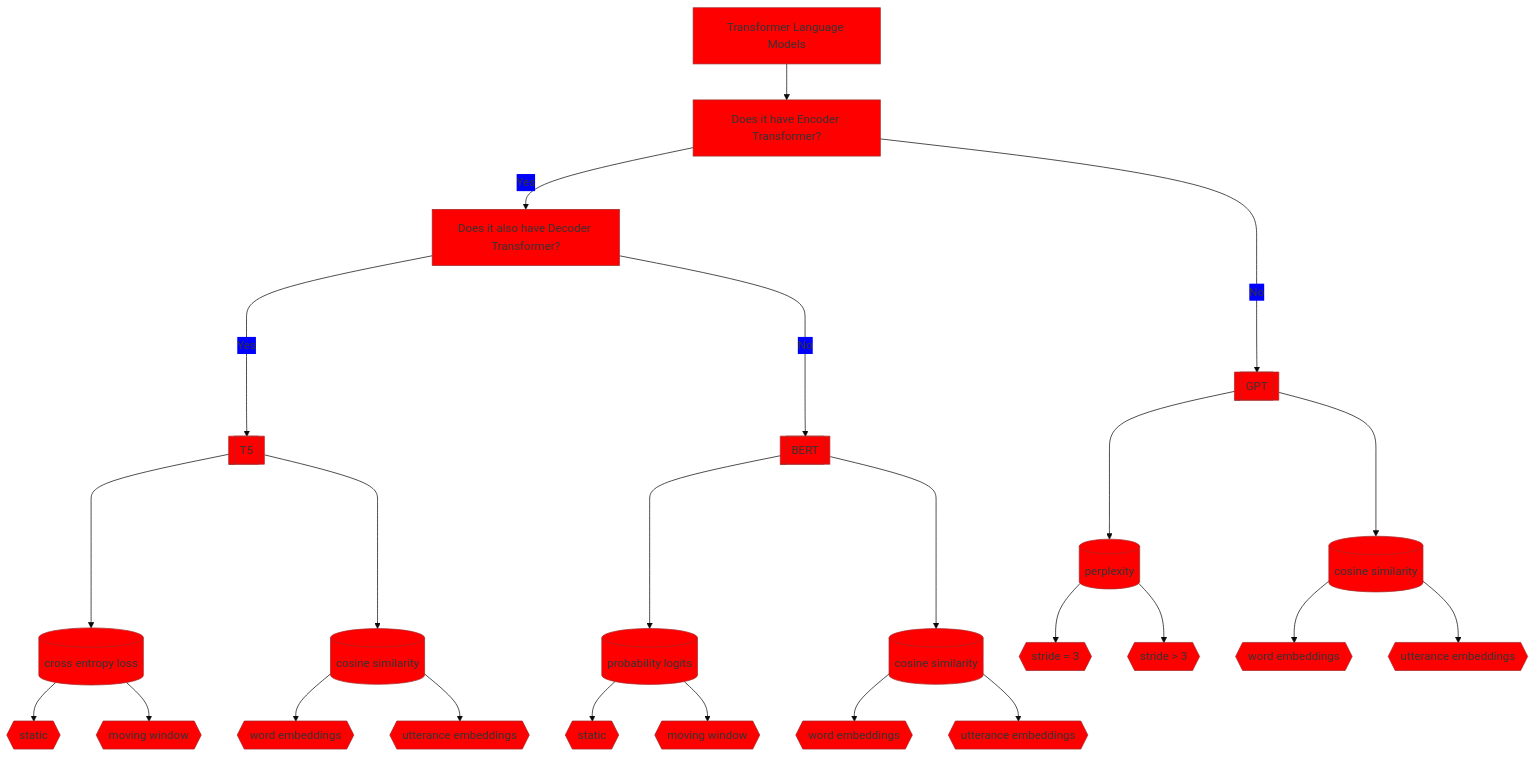
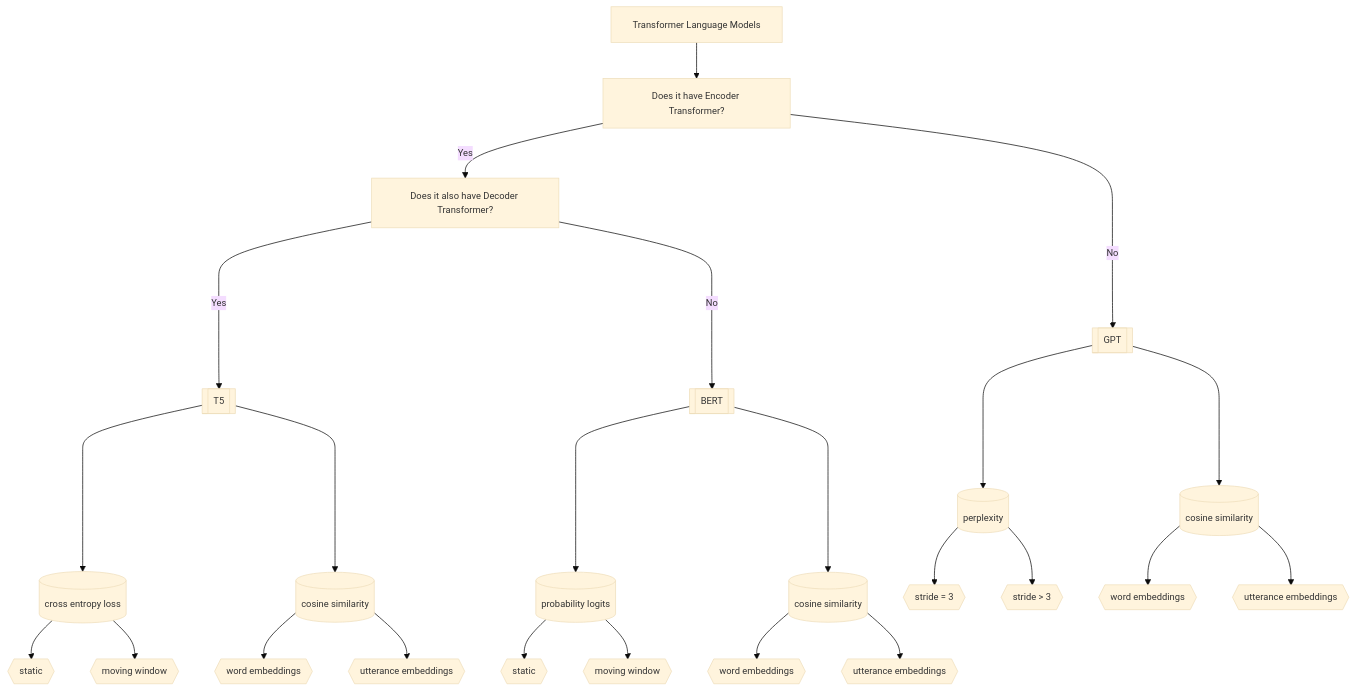
One commit to yancong222/SSD-LM-STanglab changed the diagram in README.md. Above: the diagram before and after it, drawn with Mermaid.

````diff
--- a/README.md
+++ b/README.md
@@ -4,30 +4,30 @@
 ```mermaid
-%%{init: {'theme': 'base', 'themeVariables': { 'primaryColor': '#ff0000'}}}%%
+%%{init: {'theme': 'base', 'themeVariables': { 'fontSize': '13px'}}}%%
 flowchart TD
     A[Transformer Language Models] --> B[Does it have Encoder Transformer?]
     B -- Yes --> C[Does it also have Decoder Transformer?]
     C -- Yes ----> D[[T5]] ----> G[(cross entropy loss)]
     G --> J{{static}}
     G --> K{{moving window}}
     D ----> P[(cosine similarity)]
     P --> Q{{word embeddings}}
     P --> R{{utterance embeddings}}
     C -- No ----> E[[BERT]] ----> H[(probability logits)]
     H --> L{{static}}
     H --> M{{moving window}}
     E ----> S[(cosine similarity)]
     S --> T{{word embeddings}}
     S --> U{{utterance embeddings}}
     B -- No ----> F[[GPT]] ----> I[(perplexity)]
     I --> N{{stride = 3}}
     I --> O{{stride > 3}}
     F ----> V[(cosine similarity)]
     V --> W{{word embeddings}}
     V --> X{{utterance embeddings}}
     click A "https://github.com/yancong222/scriptscz/blob/main/perplexity/ed_perplexity.py" _blank
     click B "http://www.github.com" "Open this in a new tab" _blank
     click C href "http://www.github.com" _blank
     click D href "http://www.github.com" "Open this in a new tab" _blank
     
 classDef className fill:#f9f,stroke:#333,stroke-width:4px
 ```
````
